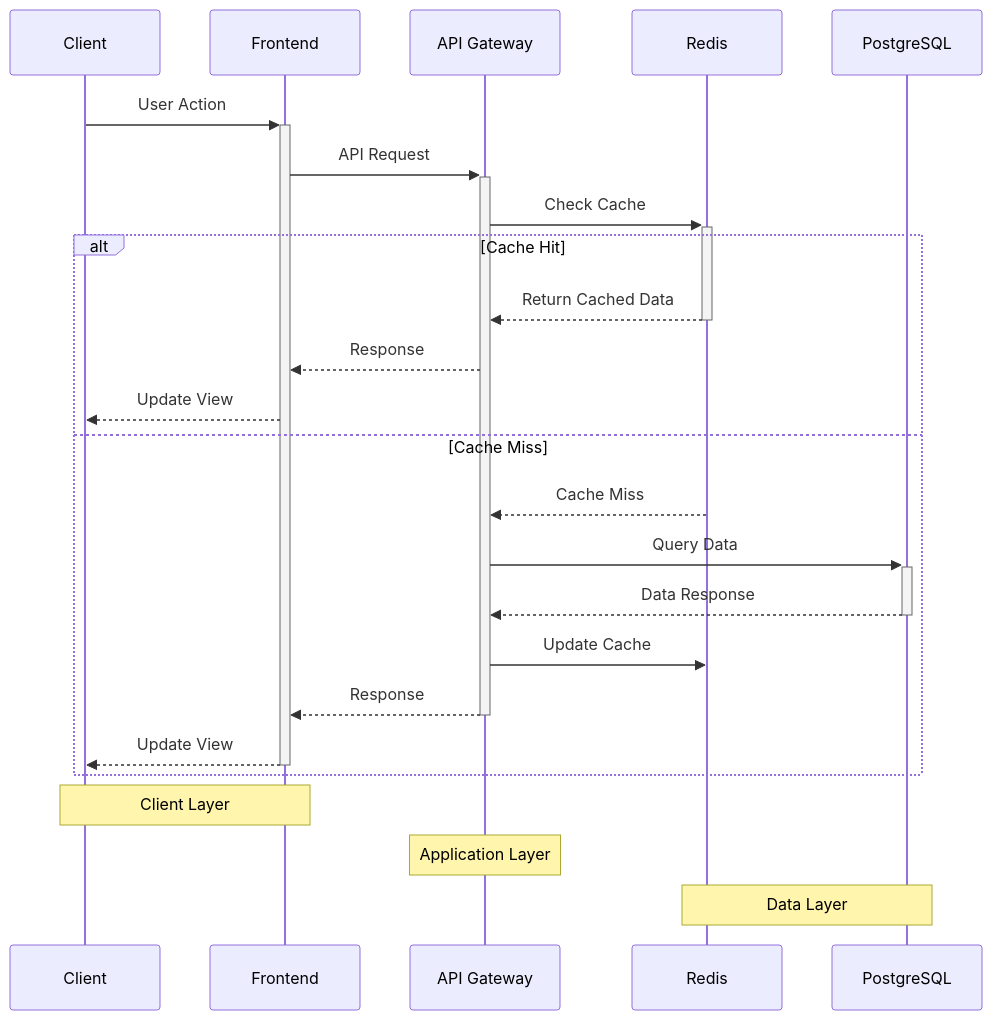
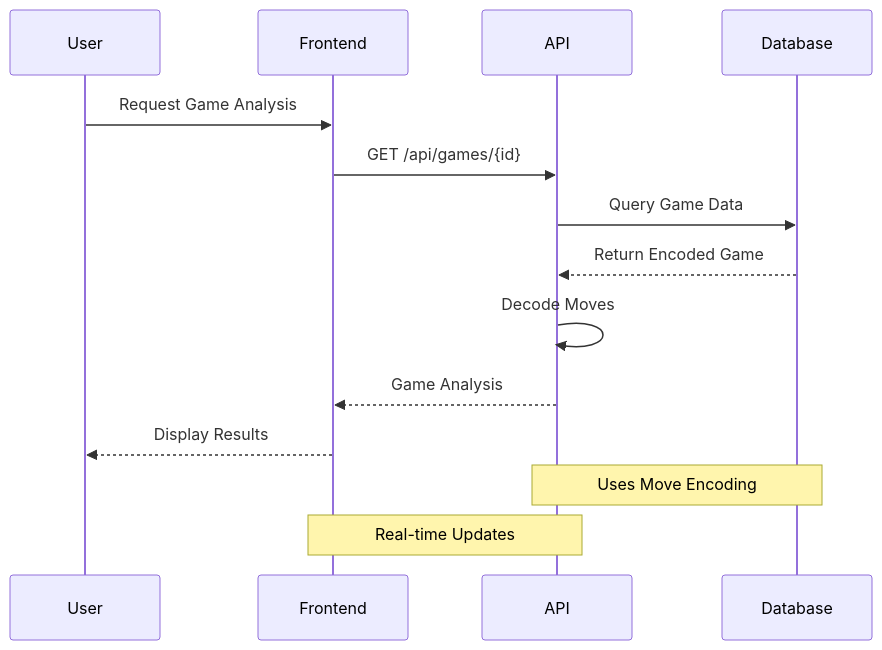
One commit to nessaee/chess-database changed the second of 4 diagrams in docs/architecture.md. Above: the diagram before and after it, drawn with Mermaid. The commit also changed other lines of this file and 3 other files, not shown here.

```diff
--- a/docs/architecture.md
+++ b/docs/architecture.md
@@ -383,33 +117,18 @@
 <pre class="mermaid">
 sequenceDiagram
-    %% Participants
-    participant C as Client
-    participant UI as Frontend
-    participant API as API Gateway
-    participant Cache as Redis
-    participant DB as PostgreSQL
+    participant U as User
+    participant F as Frontend
+    participant A as API
+    participant D as Database
     
-    %% Request Flow
-    C->>+UI: User Action
-    UI->>+API: API Request
+    U->>F: Request Game Analysis
+    F->>A: GET /api/games/{id}
+    A->>D: Query Game Data
+    D-->>A: Return Encoded Game
+    A->>A: Decode Moves
+    A-->>F: Game Analysis
+    F-->>U: Display Results
     
-    %% Cache Check
-    API->>+Cache: Check Cache
-    alt Cache Hit
-        Cache-->>-API: Return Cached Data
-        API-->>UI: Response
-        UI-->>C: Update View
-    else Cache Miss
-        Cache-->>API: Cache Miss
-        API->>+DB: Query Data
-        DB-->>-API: Data Response
-        API->>Cache: Update Cache
-        API-->>-UI: Response
-        UI-->>-C: Update View
-    end
-    
-    %% Styling
-    note over C,UI: Client Layer
-    note over API: Application Layer
-    note over Cache,DB: Data Layer
+    Note over A,D: Uses Move Encoding
+    Note over F,A: Real-time Updates
 </pre>
```
